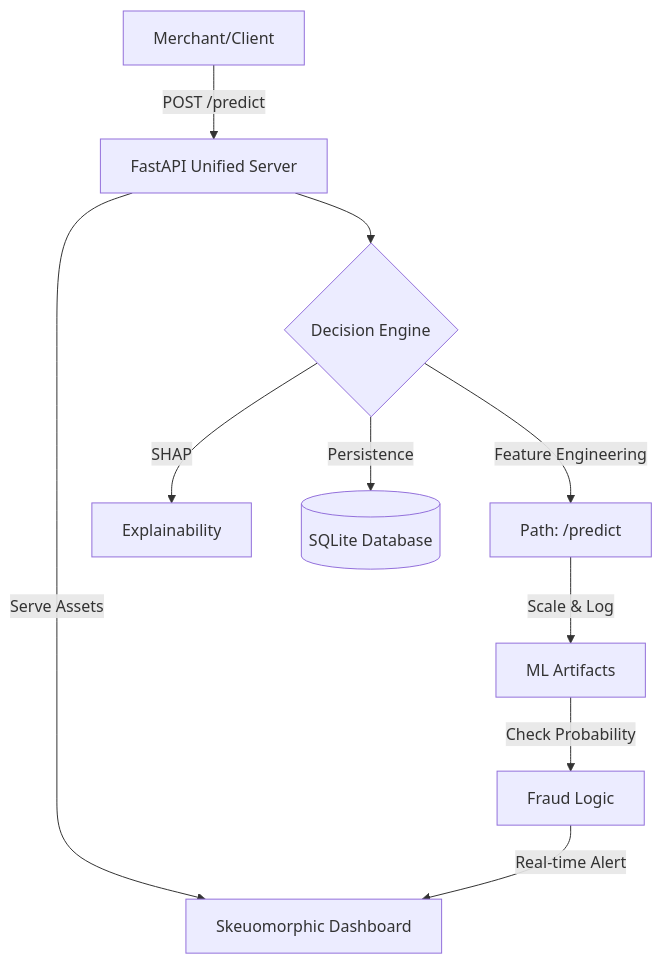
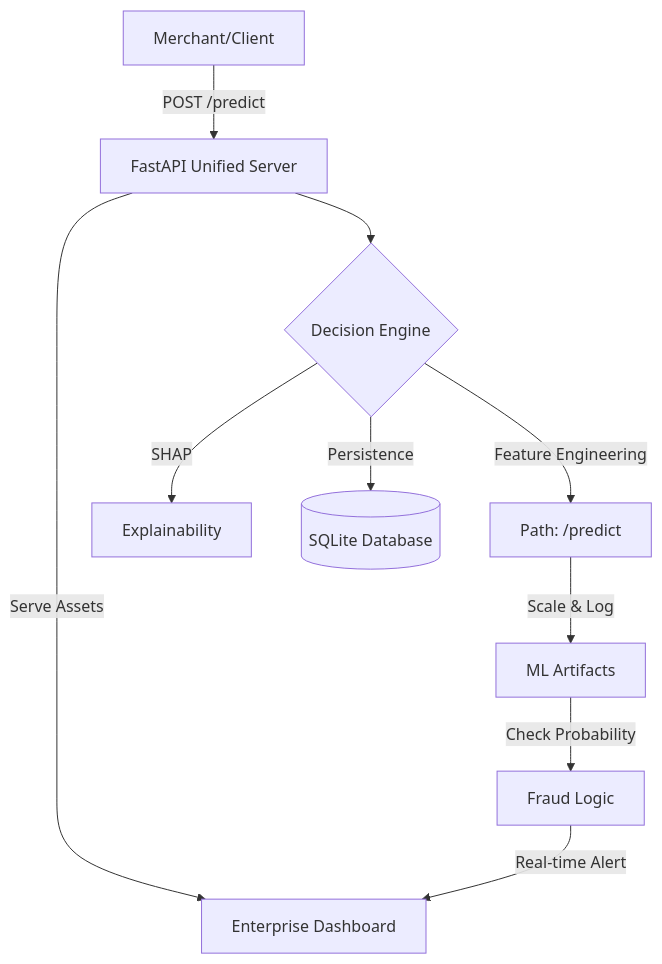
Before and after one commit to Vaenvoice/Real-Time-Fraud-Detection-Platform-: the diagram in README.md, drawn with Mermaid. The commit also changed other lines of this file and 2 other files, not shown here.

Commit message:
docs: rename to Fraud Detection System and update enterprise visuals

````diff
--- a/README.md
+++ b/README.md
@@ -16,12 +16,12 @@
 ```mermaid
 graph TD
     A[Merchant/Client] -->|POST /predict| B[FastAPI Unified Server]
-    B -->|Serve Assets| UI[Skeuomorphic Dashboard]
+    B -->|Serve Assets| UI[Enterprise Dashboard]
     B --> C{Decision Engine}
     C -->|Feature Engineering| D[Path: /predict]
     D -->|Scale & Log| E[ML Artifacts]
     E -->|Check Probability| F[Fraud Logic]
     C -->|SHAP| G[Explainability]
     C -->|Persistence| H[(SQLite Database)]
     F -->|Real-time Alert| UI
 ```
````
